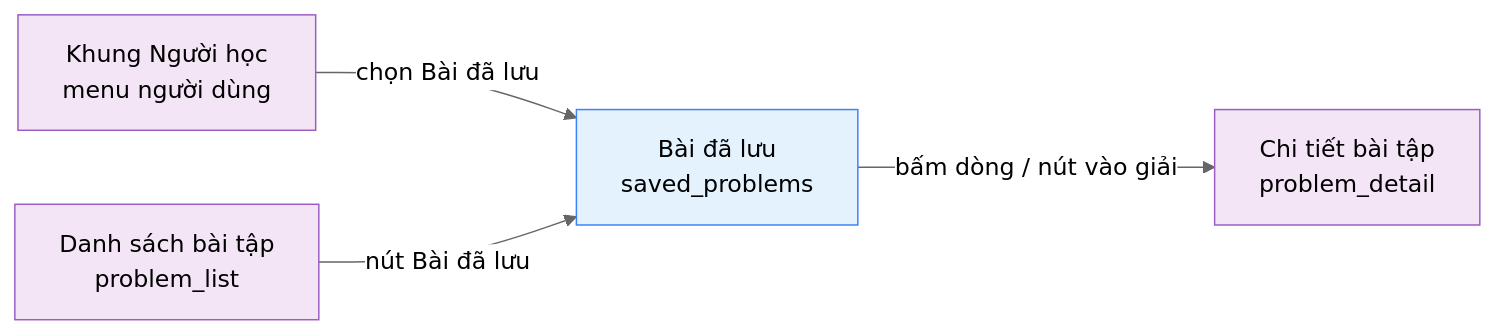
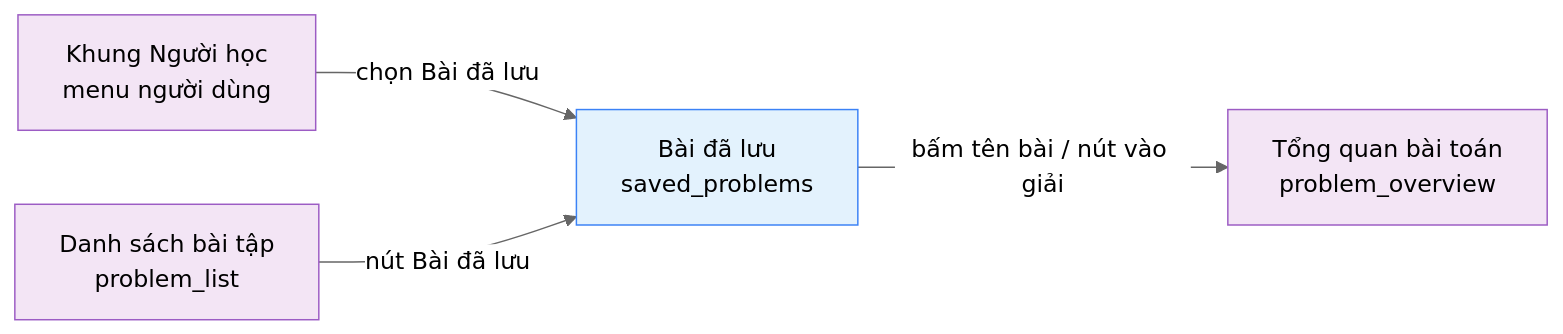
The diagram in 02-bd/screens/users/USR0103_saved_problems.md (daiphu1801/PRJ_ALGOPREP), drawn with Mermaid (neutral theme) before and after one commit. The commit also changed other lines of this file and 290 other files, not shown here.

````diff
--- a/02-bd/screens/users/USR0103_saved_problems.md
+++ b/02-bd/screens/users/USR0103_saved_problems.md
@@ -141,12 +143,12 @@
 ```mermaid
 flowchart LR
     menu["Khung Người học<br/>menu người dùng"] -->|"chọn Bài đã lưu"| main["Bài đã lưu<br/>saved_problems"]
     list["Danh sách bài tập<br/>problem_list"] -->|"nút Bài đã lưu"| main
-    main -->|"bấm dòng / nút vào giải"| detail["Chi tiết bài tập<br/>problem_detail"]
+    main -->|"bấm tên bài / nút vào giải"| detail["Tổng quan bài toán<br/>problem_overview"]
 
     classDef source fill:#F3E5F5,stroke:#9C5CC4,color:#000
     classDef screen fill:#E3F2FD,stroke:#3B82F6,color:#000
 
     class menu,list,detail source
     class main screen
 ```
````
